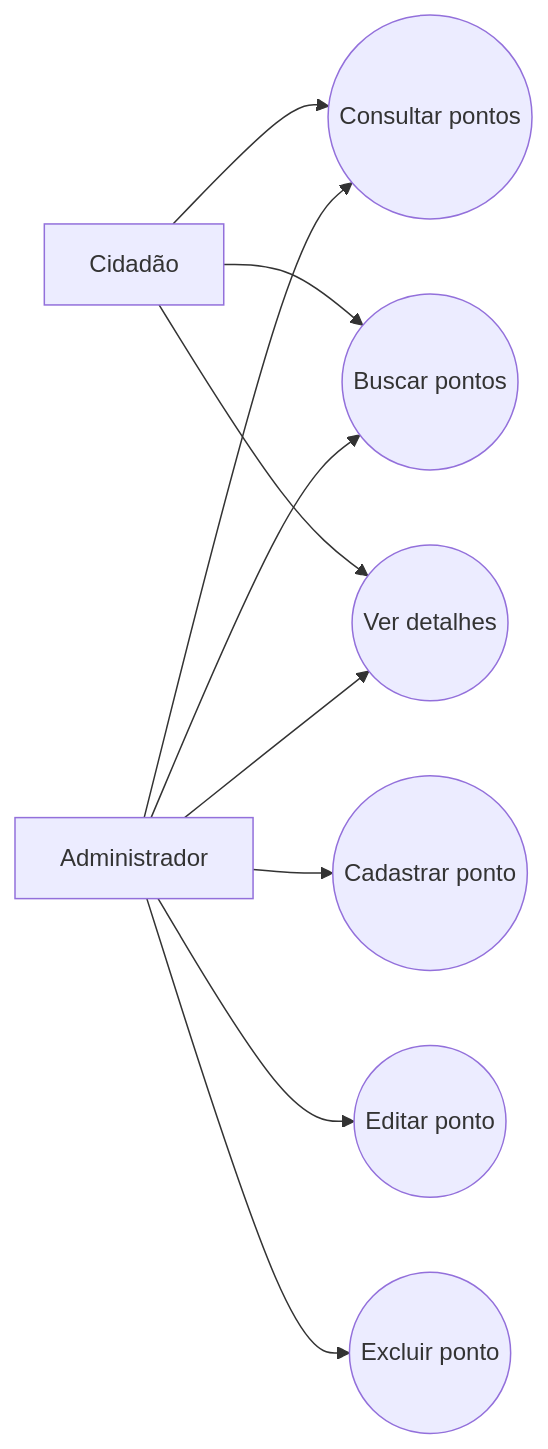
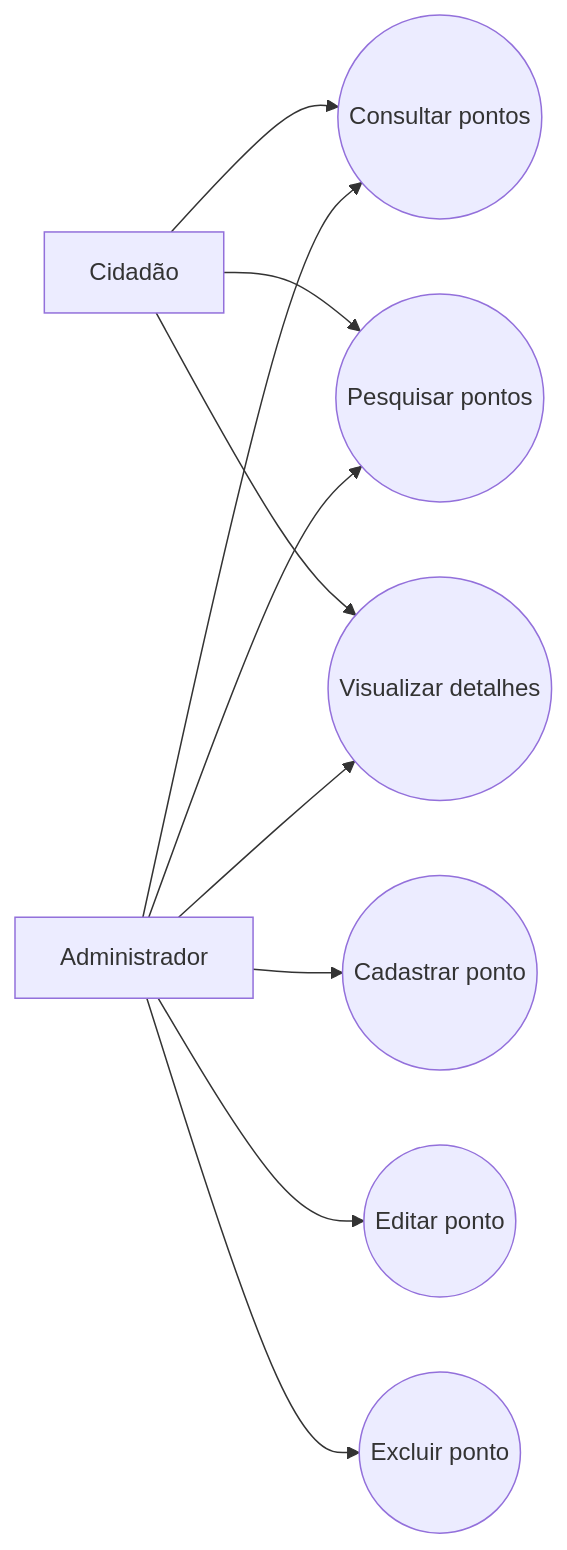
One commit to PGrojpen/Eng_S_TP changed the diagram in README.md. Above: the diagram before and after it, drawn with Mermaid. The commit also changed other lines of this file and 2 other files, not shown here.

````diff
--- a/README.md
+++ b/README.md
@@ -45,13 +48,13 @@
 ```mermaid
 flowchart LR
     C[Cidadão] --> UC1((Consultar pontos))
-    C --> UC2((Buscar pontos))
-    C --> UC3((Ver detalhes))
+    C --> UC2((Pesquisar pontos))
+    C --> UC3((Visualizar detalhes))
 
     A[Administrador] --> UC1
     A --> UC2
     A --> UC3
     A --> UC4((Cadastrar ponto))
     A --> UC5((Editar ponto))
     A --> UC6((Excluir ponto))
 ```
````
